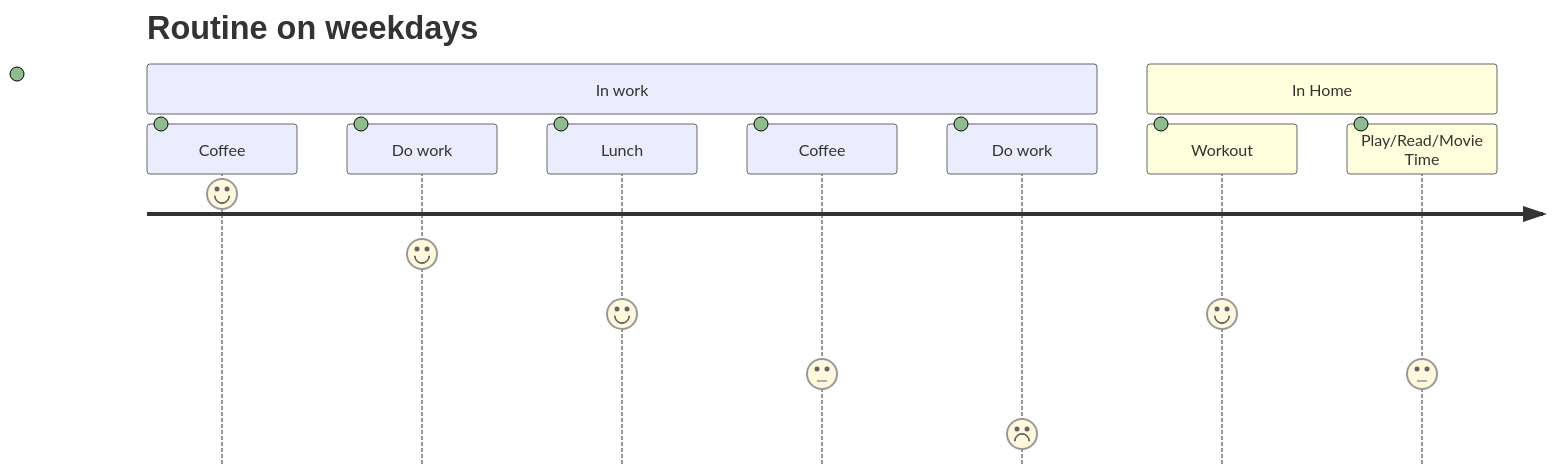
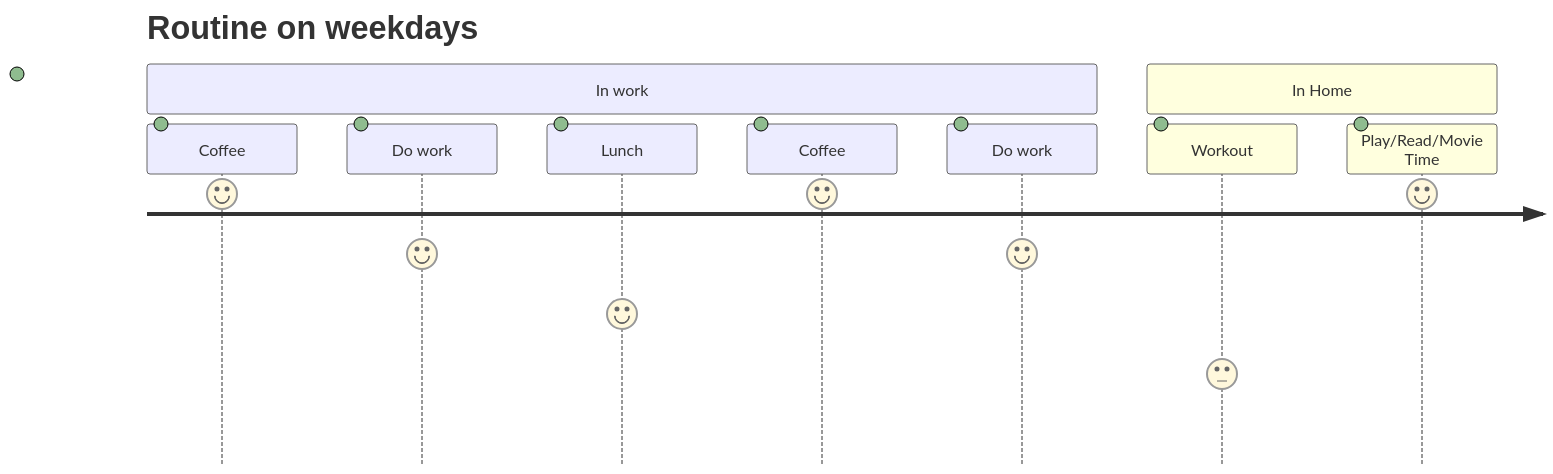
One commit to RenanSimoesBR/RenanSimoesBR changed the diagram in README.md. Above: the diagram before and after it, drawn with Mermaid.

````diff
--- a/README.md
+++ b/README.md
@@ -16,13 +16,13 @@
 ```mermaid
 journey
     title Routine on weekdays
     section In work
       Coffee: 9: 
       Do work: 7: 
       Lunch: 5: 
-      Coffee: 3: 
-      Do work: 1:
+      Coffee: 9: 
+      Do work: 7:
     section In Home
-      Workout: 5: 
-      Play/Read/Movie Time: 3: 
+      Workout: 3: 
+      Play/Read/Movie Time: 9: 
 ```
````
